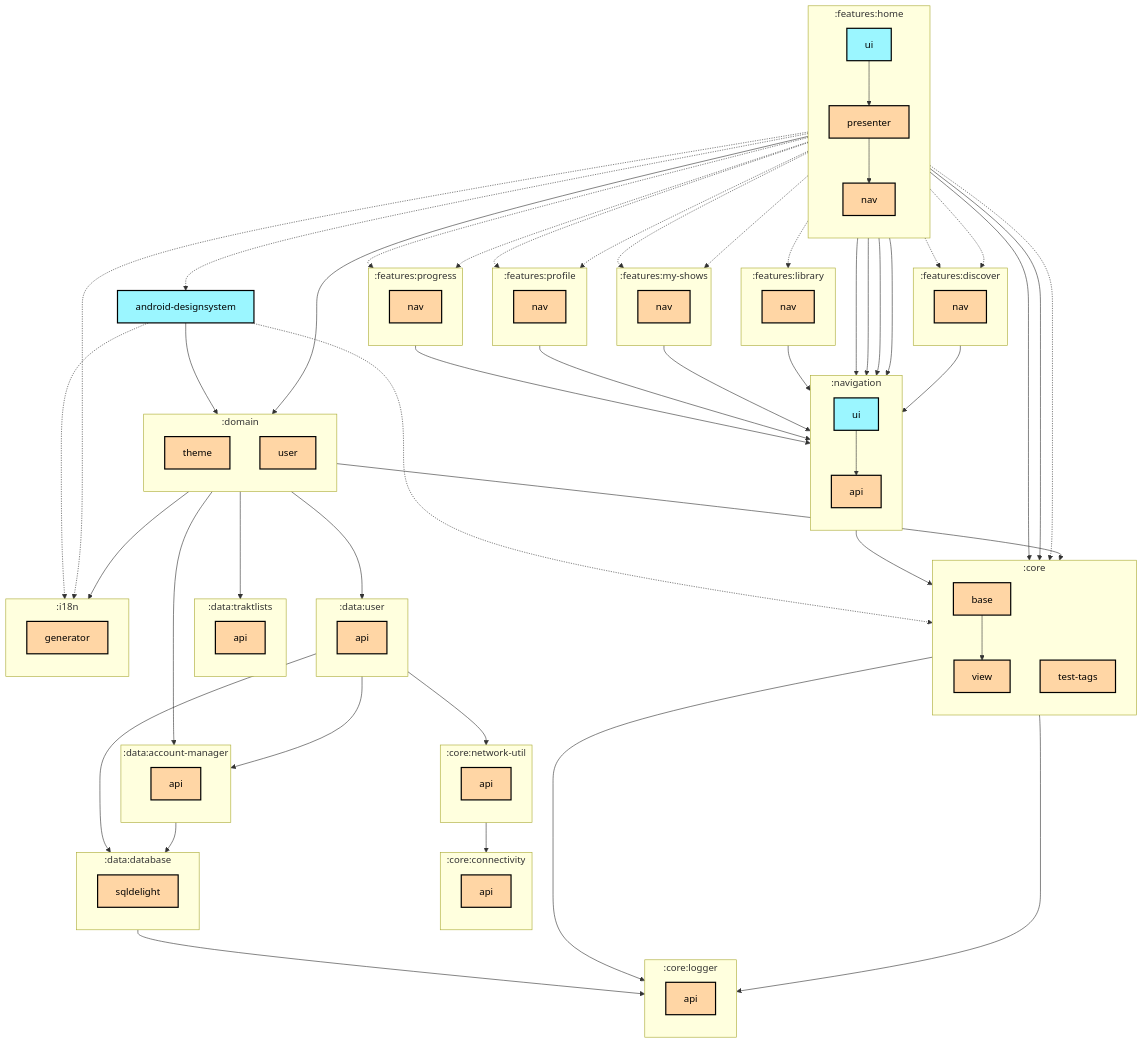
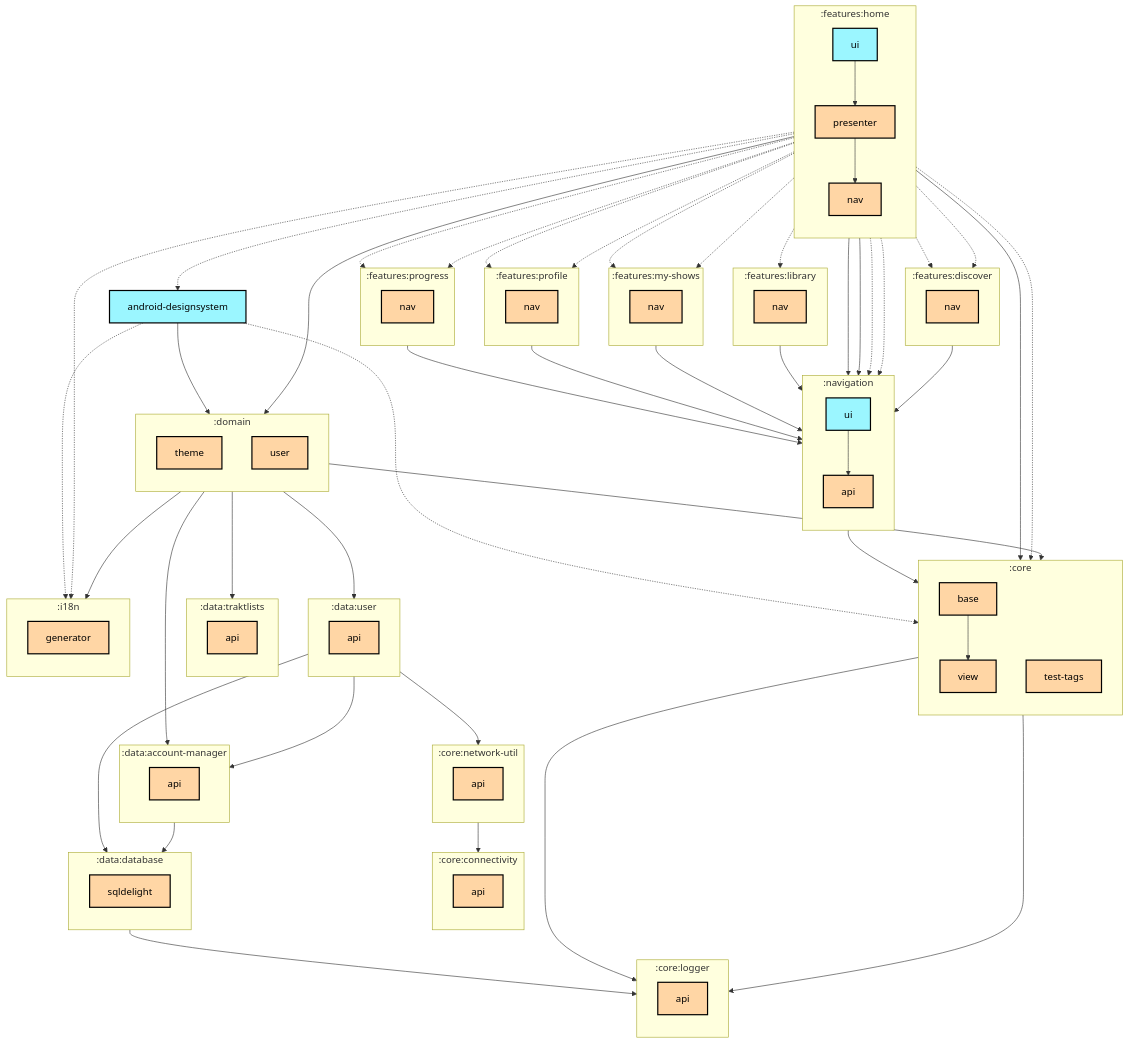
The first of 2 diagrams in features/home/ui/README.md (thomaskioko/tv-maniac), drawn with Mermaid before and after one commit. The commit also changed 8 other files, not shown here.

Commit message:
Update graph dependency.

```diff
--- a/features/home/ui/README.md
+++ b/features/home/ui/README.md
@@ -110,7 +110,6 @@
   :features:home:presenter -.-> :features:progress:nav
   :features:home:presenter --> :navigation:api
   :features:home:ui -.-> :android-designsystem
-  :features:home:ui --> :core:base
   :features:home:ui -.-> :core:test-tags
   :features:home:ui -.-> :features:discover:nav
   :features:home:ui --> :features:home:presenter
@@ -118,8 +117,8 @@
   :features:home:ui -.-> :features:profile:nav
   :features:home:ui -.-> :features:progress:nav
   :features:home:ui -.-> :i18n:generator
-  :features:home:ui --> :navigation:api
-  :features:home:ui --> :navigation:ui
+  :features:home:ui -.-> :navigation:api
+  :features:home:ui -.-> :navigation:ui
   :features:library:nav --> :navigation:api
   :features:my-shows:nav --> :navigation:api
   :features:profile:nav --> :navigation:api
```
